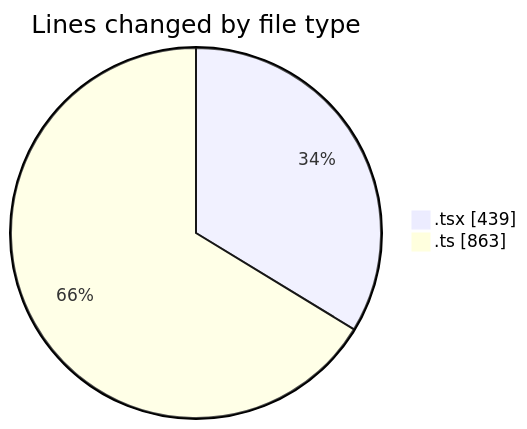
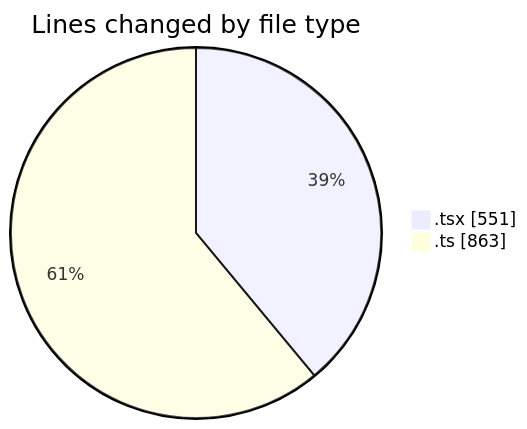
The first of 2 diagrams in 2025-09-05/hiai-phf/README.md (lephambinh05/code-tracking), drawn with Mermaid before and after one commit. The commit also changed other lines of this file and 1 other file, not shown here.

````diff
--- a/2025-09-05/hiai-phf/README.md
+++ b/2025-09-05/hiai-phf/README.md
@@ -32,6 +33,6 @@
 ```mermaid
 pie showData
 title Lines changed by file type
-".tsx" : 439
+".tsx" : 551
 ".ts" : 863
 ```
````
